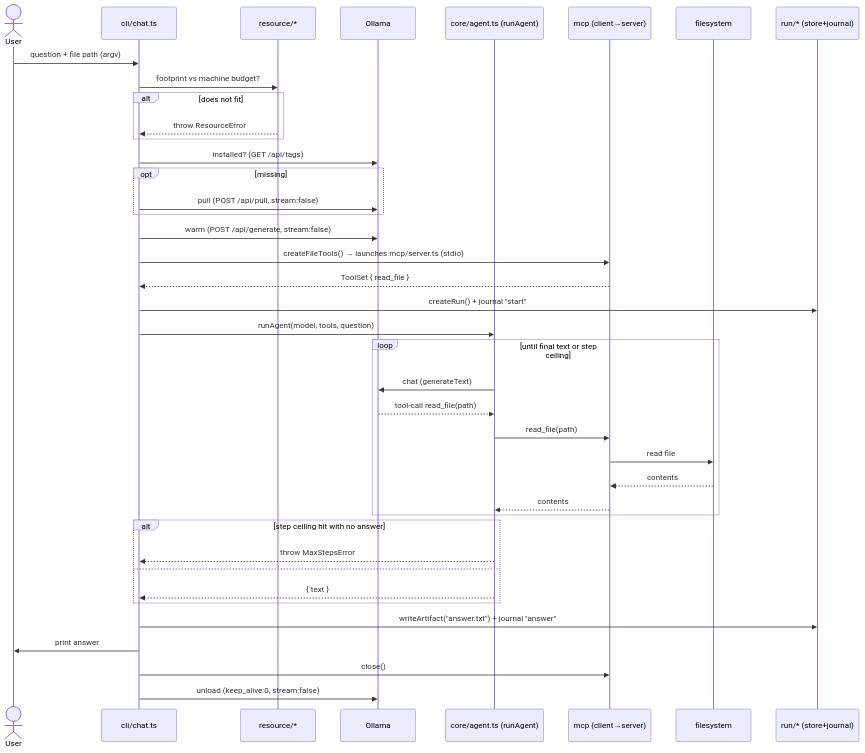
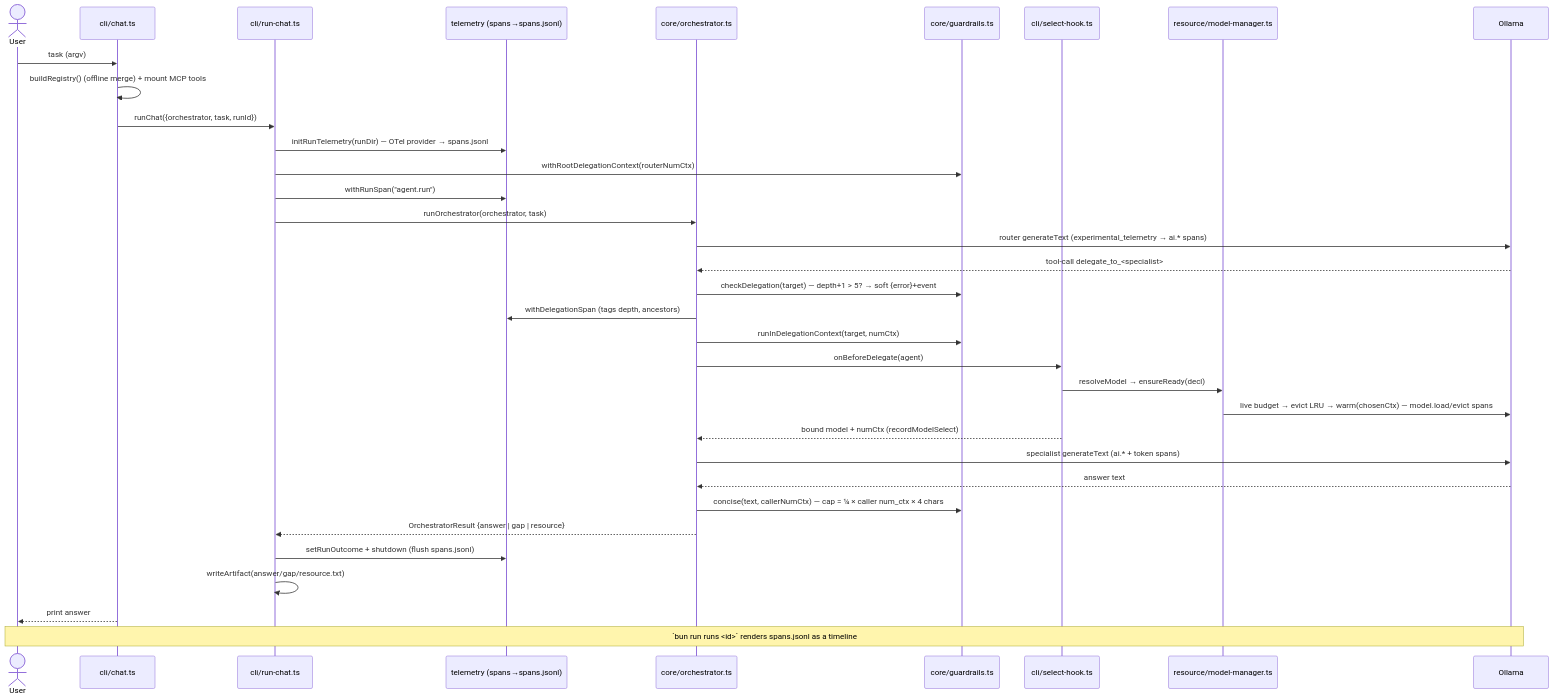
One commit to inderjotpujara/ai changed the second of 2 diagrams in docs/architecture.md. Above: the diagram before and after it, drawn with Mermaid. The commit also changed other lines of this file, not shown here.

First line of the commit message:
docs: elevate architecture.md into a living visual system map

````diff
--- a/docs/architecture.md
+++ b/docs/architecture.md
@@ -57,43 +140,37 @@
 ```mermaid
 sequenceDiagram
     actor User
     participant CLI as cli/chat.ts
-    participant RM as resource/*
+    participant RunChat as cli/run-chat.ts
+    participant Tel as telemetry (spans→spans.jsonl)
+    participant Orch as core/orchestrator.ts
+    participant Guard as core/guardrails.ts
+    participant Hook as cli/select-hook.ts
+    participant Mgr as resource/model-manager.ts
     participant Ollama
-    participant Agent as core/agent.ts (runAgent)
-    participant MCP as mcp (client→server)
-    participant FS as filesystem
-    participant Run as run/* (store+journal)
 
-    User->>CLI: question + file path (argv)
-    CLI->>RM: footprint vs machine budget?
-    alt does not fit
-        RM-->>CLI: throw ResourceError
-    end
-    CLI->>Ollama: installed? (GET /api/tags)
-    opt missing
-        CLI->>Ollama: pull (POST /api/pull, stream:false)
-    end
-    CLI->>Ollama: warm (POST /api/generate, stream:false)
-    CLI->>MCP: createFileTools() → launches mcp/server.ts (stdio)
-    MCP-->>CLI: ToolSet { read_file }
-    CLI->>Run: createRun() + journal "start"
-    CLI->>Agent: runAgent(model, tools, question)
-    loop until final text or step ceiling
-        Agent->>Ollama: chat (generateText)
-        Ollama-->>Agent: tool-call read_file(path)
-        Agent->>MCP: read_file(path)
-        MCP->>FS: read file
-        FS-->>MCP: contents
-        MCP-->>Agent: contents
-    end
-    alt step ceiling hit with no answer
-        Agent-->>CLI: throw MaxStepsError
-    else
-        Agent-->>CLI: { text }
-    end
-    CLI->>Run: writeArtifact("answer.txt") + journal "answer"
-    CLI->>User: print answer
-    CLI->>MCP: close()
-    CLI->>Ollama: unload (keep_alive:0, stream:false)
+    User->>CLI: task (argv)
+    CLI->>CLI: buildRegistry() (offline merge) + mount MCP tools
+    CLI->>RunChat: runChat({orchestrator, task, runId})
+    RunChat->>Tel: initRunTelemetry(runDir) — OTel provider → spans.jsonl
+    RunChat->>Guard: withRootDelegationContext(routerNumCtx)
+    RunChat->>Tel: withRunSpan("agent.run")
+    RunChat->>Orch: runOrchestrator(orchestrator, task)
+    Orch->>Ollama: router generateText (experimental_telemetry → ai.* spans)
+    Ollama-->>Orch: tool-call delegate_to_<specialist>
+    Orch->>Guard: checkDelegation(target) — depth+1 > 5? → soft {error}+event
+    Orch->>Tel: withDelegationSpan (tags depth, ancestors)
+    Orch->>Guard: runInDelegationContext(target, numCtx)
+    Orch->>Hook: onBeforeDelegate(agent)
+    Hook->>Mgr: resolveModel → ensureReady(decl)
+    Mgr->>Ollama: live budget → evict LRU → warm(chosenCtx) — model.load/evict spans
+    Hook-->>Orch: bound model + numCtx (recordModelSelect)
+    Orch->>Ollama: specialist generateText (ai.* + token spans)
+    Ollama-->>Orch: answer text
+    Orch->>Guard: concise(text, callerNumCtx) — cap = ¼ × caller num_ctx × 4 chars
+    Orch-->>RunChat: OrchestratorResult {answer | gap | resource}
+    RunChat->>Tel: setRunOutcome + shutdown (flush spans.jsonl)
+    RunChat->>RunChat: writeArtifact(answer/gap/resource.txt)
+    CLI-->>User: print answer
+    Note over User,Ollama: `bun run runs <id>` renders spans.jsonl as a timeline
 ```
````
